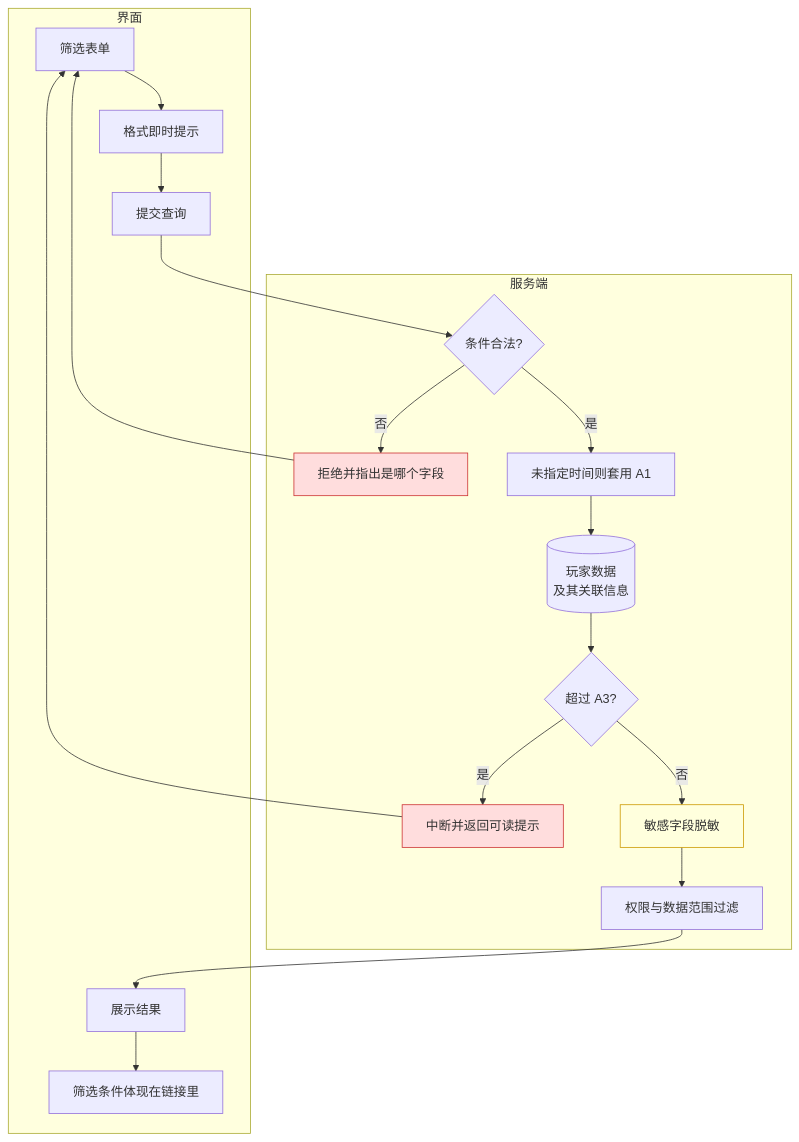
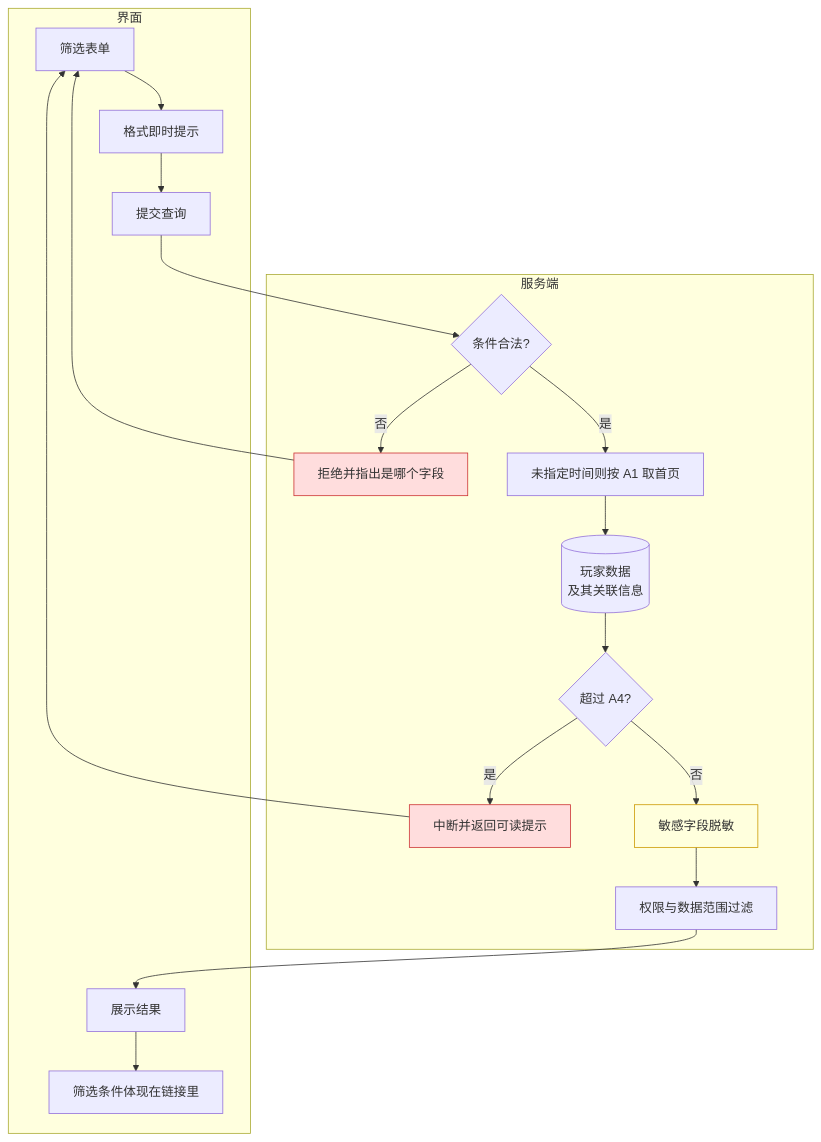
One commit to bingo-lab-1/bingo-figma changed the third of 3 diagrams in M2-用户管理/2.1-用户列表/README.md. Above: the diagram before and after it, drawn with Mermaid. The commit also changed other lines of this file and 79 other files, not shown here.

````diff
--- a/M2-用户管理/2.1-用户列表/README.md
+++ b/M2-用户管理/2.1-用户列表/README.md
@@ -251,25 +272,25 @@
 ```mermaid
 flowchart TD
     subgraph FE[界面]
         A[筛选表单] --> B[格式即时提示]
         B --> C[提交查询]
         M[展示结果] --> N[筛选条件体现在链接里]
     end
     subgraph BE[服务端]
         C --> D{条件合法?}
         D -- 否 --> E[拒绝并指出是哪个字段]
-        D -- 是 --> F[未指定时间则套用 A1]
+        D -- 是 --> F[未指定时间则按 A1 取首页]
         F --> G[(玩家数据<br/>及其关联信息)]
-        G --> H{超过 A3?}
+        G --> H{超过 A4?}
         H -- 是 --> I[中断并返回可读提示]
         H -- 否 --> J[敏感字段脱敏]
         J --> K[权限与数据范围过滤]
         K --> M
     end
     E --> A
     I --> A
 
     style E fill:#fdd,stroke:#c33
     style I fill:#fdd,stroke:#c33
     style J fill:#ffd,stroke:#c90
 ```
````
